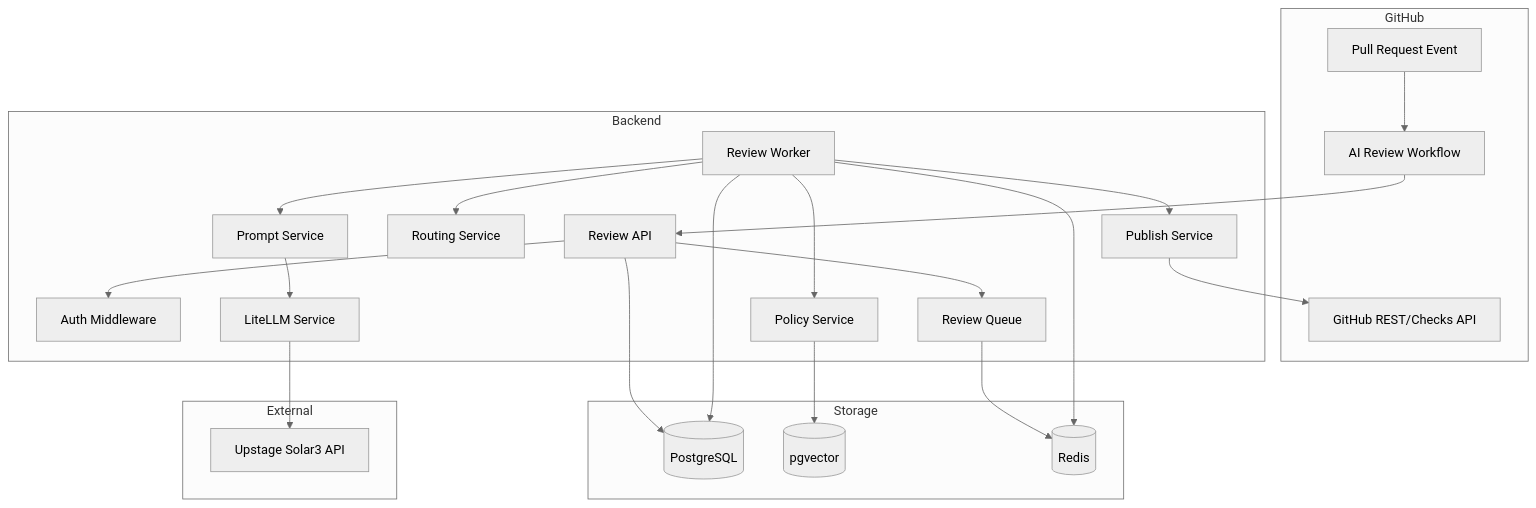
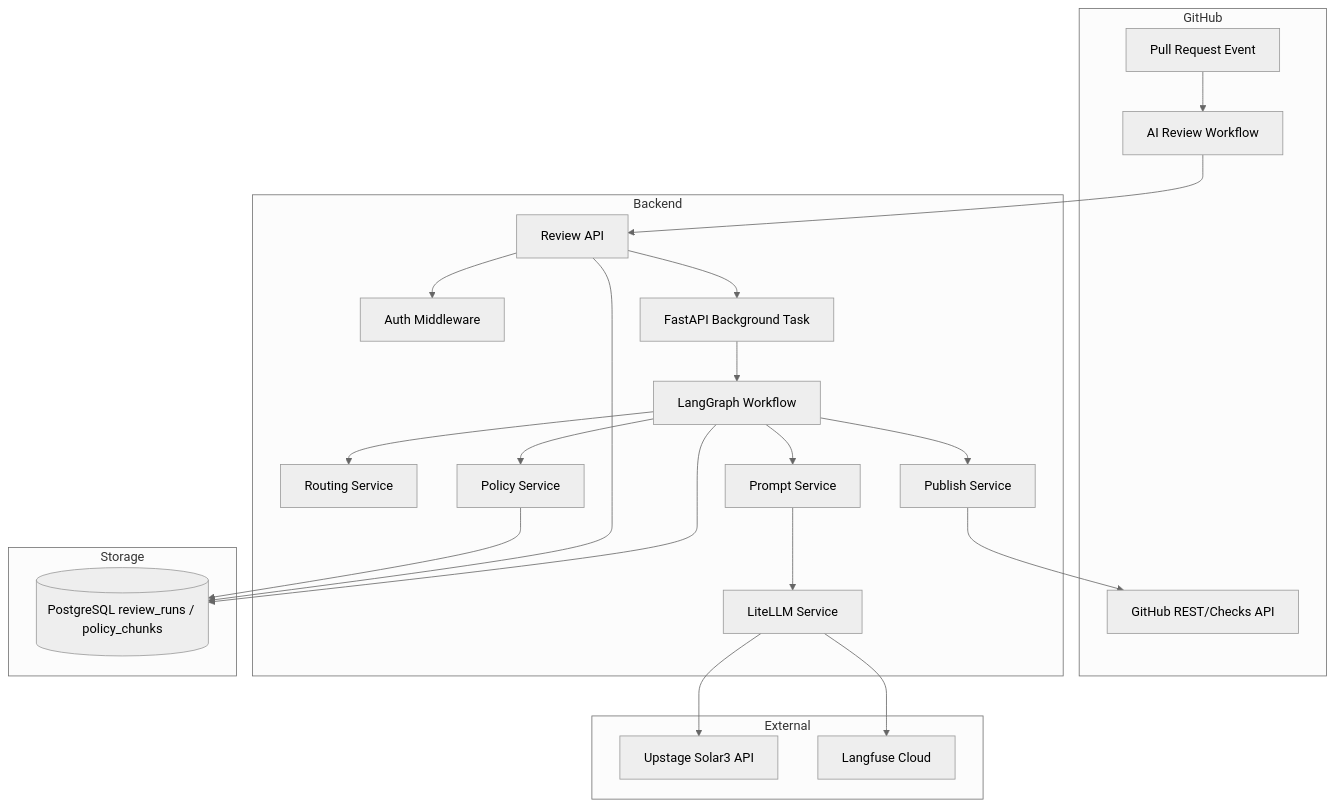
Before and after one commit to AIBoot-Upstage/self-hosted-test: the second of 4 diagrams in docs/AI 코드 리뷰 에이전트 기술 설계서.md, drawn with Mermaid (neutral theme). The commit also changed other lines of this file and 40 other files, not shown here.

````diff
--- a/docs/AI 코드 리뷰 에이전트 기술 설계서.md
+++ b/docs/AI 코드 리뷰 에이전트 기술 설계서.md
@@ -69,47 +69,46 @@
 ```mermaid
 flowchart TB
     subgraph GitHub
         PR_EVENT[Pull Request Event]
         ACTION[AI Review Workflow]
         GH_API[GitHub REST/Checks API]
     end
 
     subgraph Backend
         AUTH[Auth Middleware]
         REVIEW_API[Review API]
-        QUEUE[Review Queue]
-        WORKER[Review Worker]
+        TASK[FastAPI Background Task]
+        GRAPH[LangGraph Workflow]
         ROUTING[Routing Service]
         POLICY[Policy Service]
         PROMPT[Prompt Service]
         LLMGW[LiteLLM Service]
         PUBLISH[Publish Service]
     end
 
     subgraph Storage
-        PG[(PostgreSQL)]
-        PGVECTOR[(pgvector)]
-        REDIS[(Redis)]
+        PG[(PostgreSQL review_runs / policy_chunks)]
     end
 
     subgraph External
         SOLAR[Upstage Solar3 API]
+        LANGFUSE[Langfuse Cloud]
     end
 
     PR_EVENT --> ACTION
     ACTION --> REVIEW_API
     REVIEW_API --> AUTH
-    REVIEW_API --> QUEUE
-    QUEUE --> REDIS
-    WORKER --> REDIS
-    WORKER --> ROUTING
-    WORKER --> POLICY
-    POLICY --> PGVECTOR
-    WORKER --> PROMPT
+    REVIEW_API --> TASK
+    TASK --> GRAPH
+    GRAPH --> ROUTING
+    GRAPH --> POLICY
+    POLICY --> PG
+    GRAPH --> PROMPT
     PROMPT --> LLMGW
     LLMGW --> SOLAR
-    WORKER --> PUBLISH
+    LLMGW --> LANGFUSE
+    GRAPH --> PUBLISH
     PUBLISH --> GH_API
     REVIEW_API --> PG
-    WORKER --> PG
+    GRAPH --> PG
 ```
````
